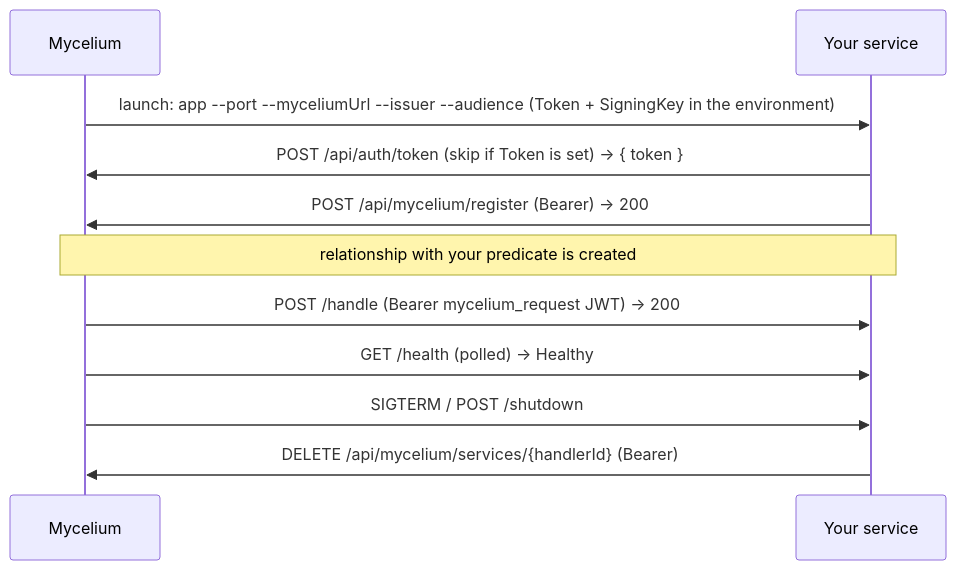
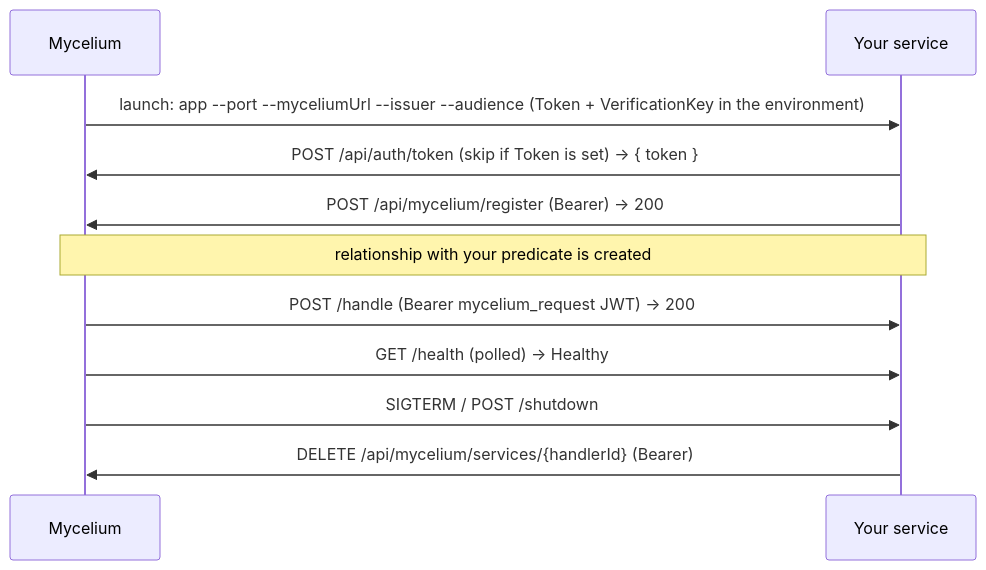
Before and after one commit to ReGen-Villages/VillageOS-API: the diagram in docs/SERVICE_AUTHORING.md, drawn with Mermaid. The commit also changed other lines of this file and 12 other files, not shown here.

````diff
--- a/docs/SERVICE_AUTHORING.md
+++ b/docs/SERVICE_AUTHORING.md
@@ -57,13 +57,13 @@
 ```mermaid
 sequenceDiagram
     participant M as Mycelium
     participant S as Your service
-    M->>S: launch: app --port --myceliumUrl --issuer --audience (Token + SigningKey in the environment)
+    M->>S: launch: app --port --myceliumUrl --issuer --audience (Token + VerificationKey in the environment)
     S->>M: POST /api/auth/token (skip if Token is set) → { token }
     S->>M: POST /api/mycelium/register (Bearer) → 200
     Note over M,S: relationship with your predicate is created
     M->>S: POST /handle (Bearer mycelium_request JWT) → 200
     M->>S: GET /health (polled) → Healthy
     M->>S: SIGTERM / POST /shutdown
     S->>M: DELETE /api/mycelium/services/{handlerId} (Bearer)
 ```
````
